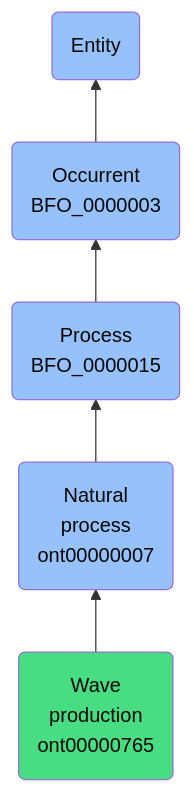
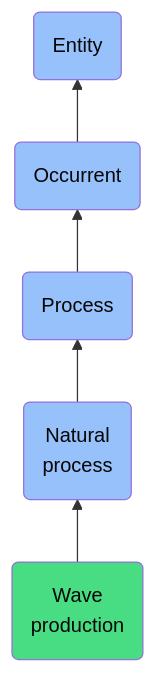
Before and after one commit to jupyter-naas/abi: the diagram in docs/ontology/reference/model/Entity/Occurrent/Process/Natural process/Wave production/Wave production.md, drawn with Mermaid. The commit also changed other lines of this file and 1430 other files, not shown here.

````diff
--- a/docs/ontology/reference/model/Entity/Occurrent/Process/Natural process/Wave production/Wave production.md
+++ b/docs/ontology/reference/model/Entity/Occurrent/Process/Natural process/Wave production/Wave production.md
@@ -24,12 +24,12 @@
 ```mermaid
 graph BT
-    ont00000765(Wave<br>production<br>ont00000765):::ABI-->ont00000007
-    ont00000007(Natural<br>process<br>ont00000007):::BFO-->BFO_0000015
-    BFO_0000015(Process<br>BFO_0000015):::BFO-->BFO_0000003
-    BFO_0000003(Occurrent<br>BFO_0000003):::BFO-->BFO_0000001
+    ont00000765(Wave<br>production):::ABI-->ont00000007
+    ont00000007(Natural<br>process):::BFO-->BFO_0000015
+    BFO_0000015(Process):::BFO-->BFO_0000003
+    BFO_0000003(Occurrent):::BFO-->BFO_0000001
     BFO_0000001(Entity):::BFO
     
     classDef BFO fill:#97c1fb,color:#060606
     classDef CCO fill:#e4c51e,color:#060606
     classDef ABI fill:#48DD82,color:#060606
 ```
````
